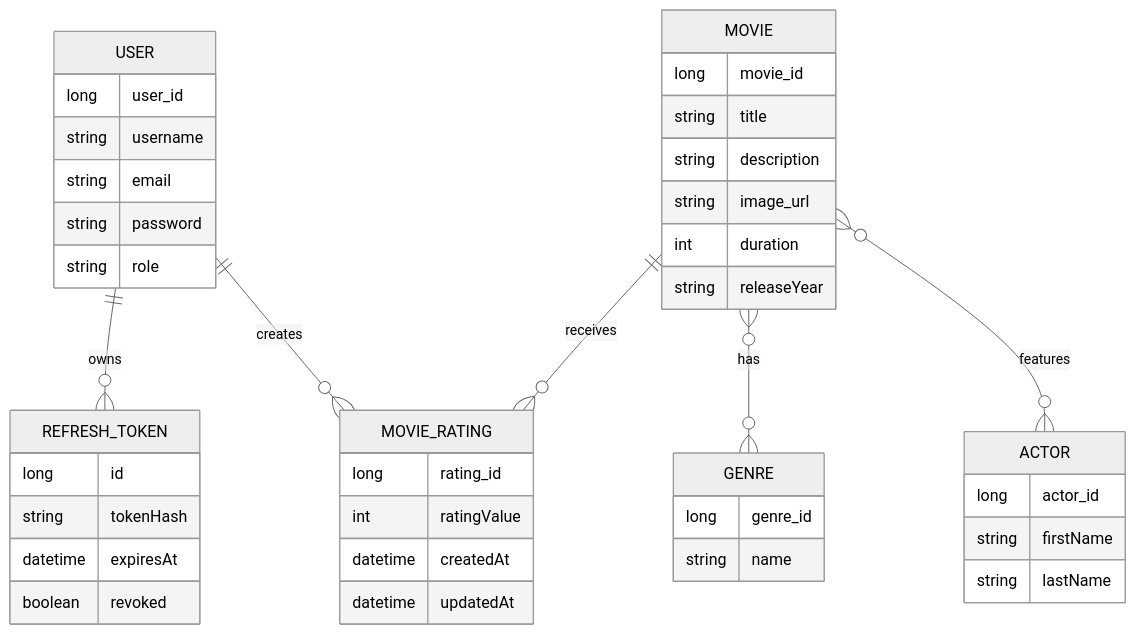
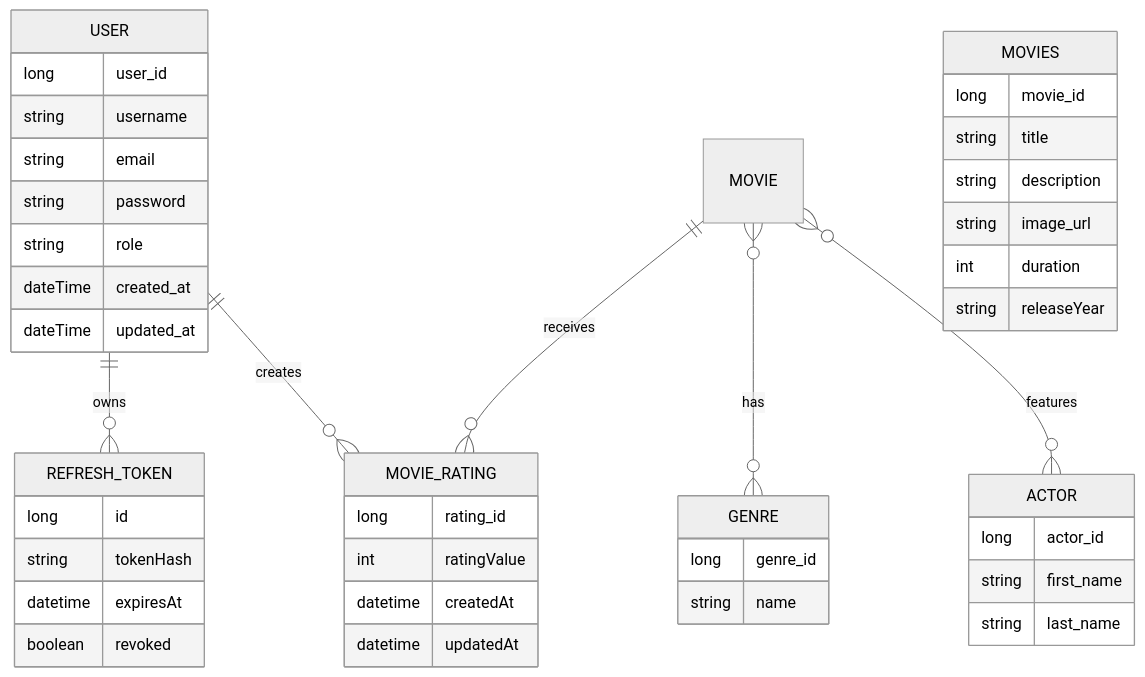
Before and after one commit to ADHEni/movieflex: the diagram in README.md, drawn with Mermaid (neutral theme).

Commit message:
Update README with new fields and naming conventions

````diff
--- a/README.md
+++ b/README.md
@@ -461,51 +461,53 @@
 ```mermaid
 erDiagram
     USER ||--o{ REFRESH_TOKEN : owns
     USER ||--o{ MOVIE_RATING : creates
     MOVIE ||--o{ MOVIE_RATING : receives
 
     MOVIE }o--o{ GENRE : has
     MOVIE }o--o{ ACTOR : features
 
     USER {
         long user_id
         string username
         string email
         string password
         string role
+        dateTime created_at
+        dateTime updated_at
     }
 
-    MOVIE {
+    MOVIES {
         long movie_id
         string title
         string description
         string image_url
         int duration
         string releaseYear
     }
 
     MOVIE_RATING {
         long rating_id
         int ratingValue
         datetime createdAt
         datetime updatedAt
     }
 
     REFRESH_TOKEN {
         long id
         string tokenHash
         datetime expiresAt
         boolean revoked
     }
 
     GENRE {
         long genre_id
         string name
     }
 
     ACTOR {
         long actor_id
-        string firstName
-        string lastName
+        string first_name
+        string last_name
     }
 ```
````
